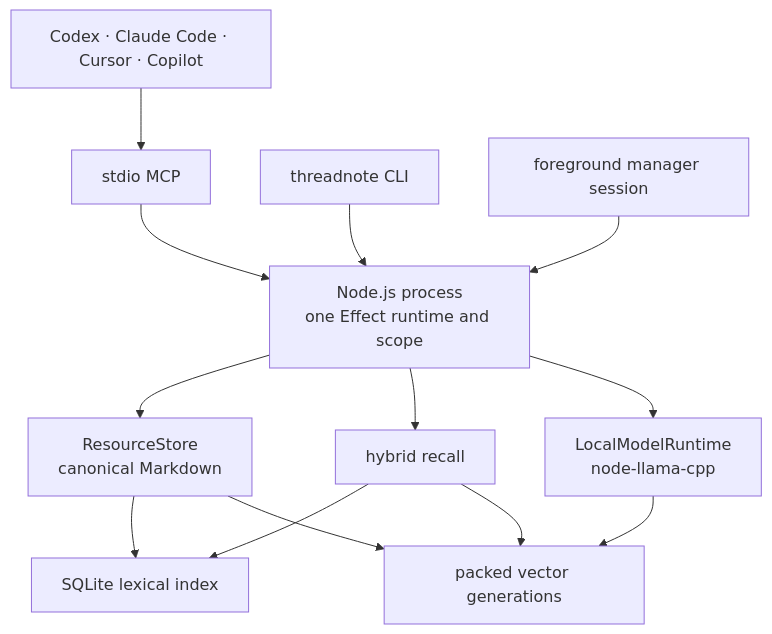
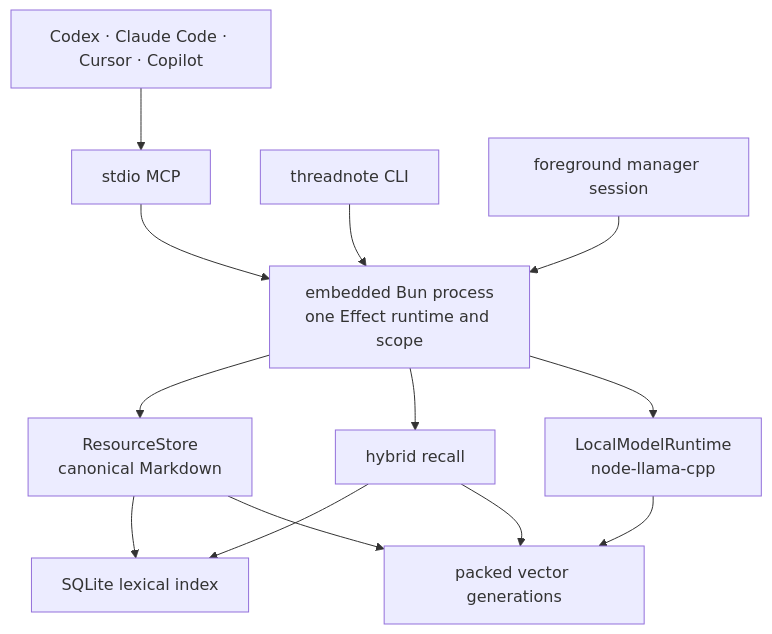
One commit to Kashkovsky/threadnote changed the diagram in docs/architecture.md. Above: the diagram before and after it, drawn with Mermaid. The commit also changed other lines of this file and 101 other files, not shown here.

Commit message:
Migrate Threadnote to standalone Bun runtime

````diff
--- a/docs/architecture.md
+++ b/docs/architecture.md
@@ -16,15 +20,15 @@
 ```mermaid
 flowchart TD
     Agents["Codex · Claude Code · Cursor · Copilot"] --> MCP["stdio MCP"]
-    CLI["threadnote CLI"] --> Runtime["Node.js process<br/>one Effect runtime and scope"]
+    CLI["threadnote CLI"] --> Runtime["embedded Bun process<br/>one Effect runtime and scope"]
     MCP --> Runtime
     Manager["foreground manager session"] --> Runtime
     Runtime --> Store["ResourceStore<br/>canonical Markdown"]
     Runtime --> Recall["hybrid recall"]
     Runtime --> Models["LocalModelRuntime<br/>node-llama-cpp"]
     Recall --> Lexical["SQLite lexical index"]
     Recall --> Vectors["packed vector generations"]
     Models --> Vectors
     Store --> Lexical
     Store --> Vectors
 ```
````
